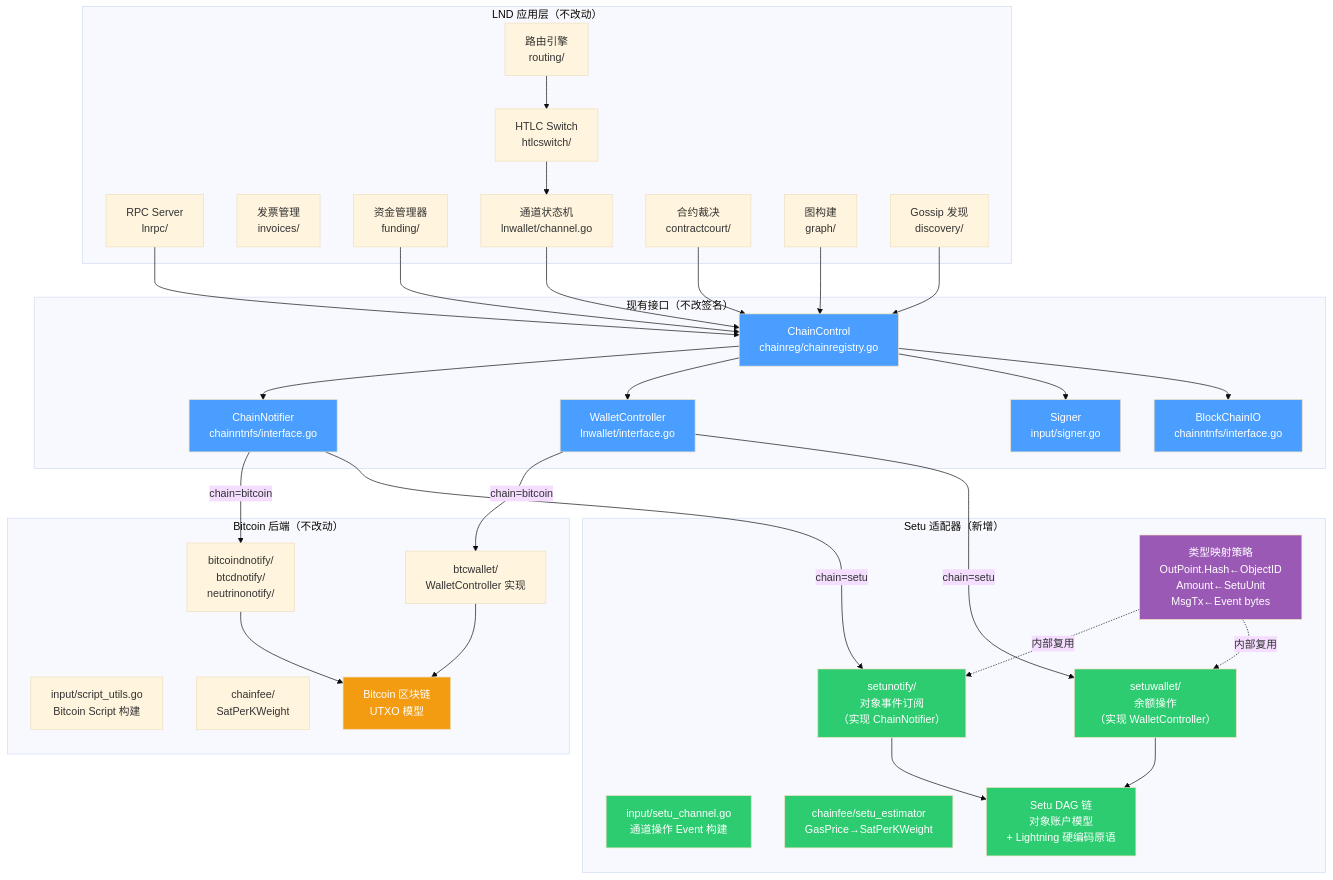
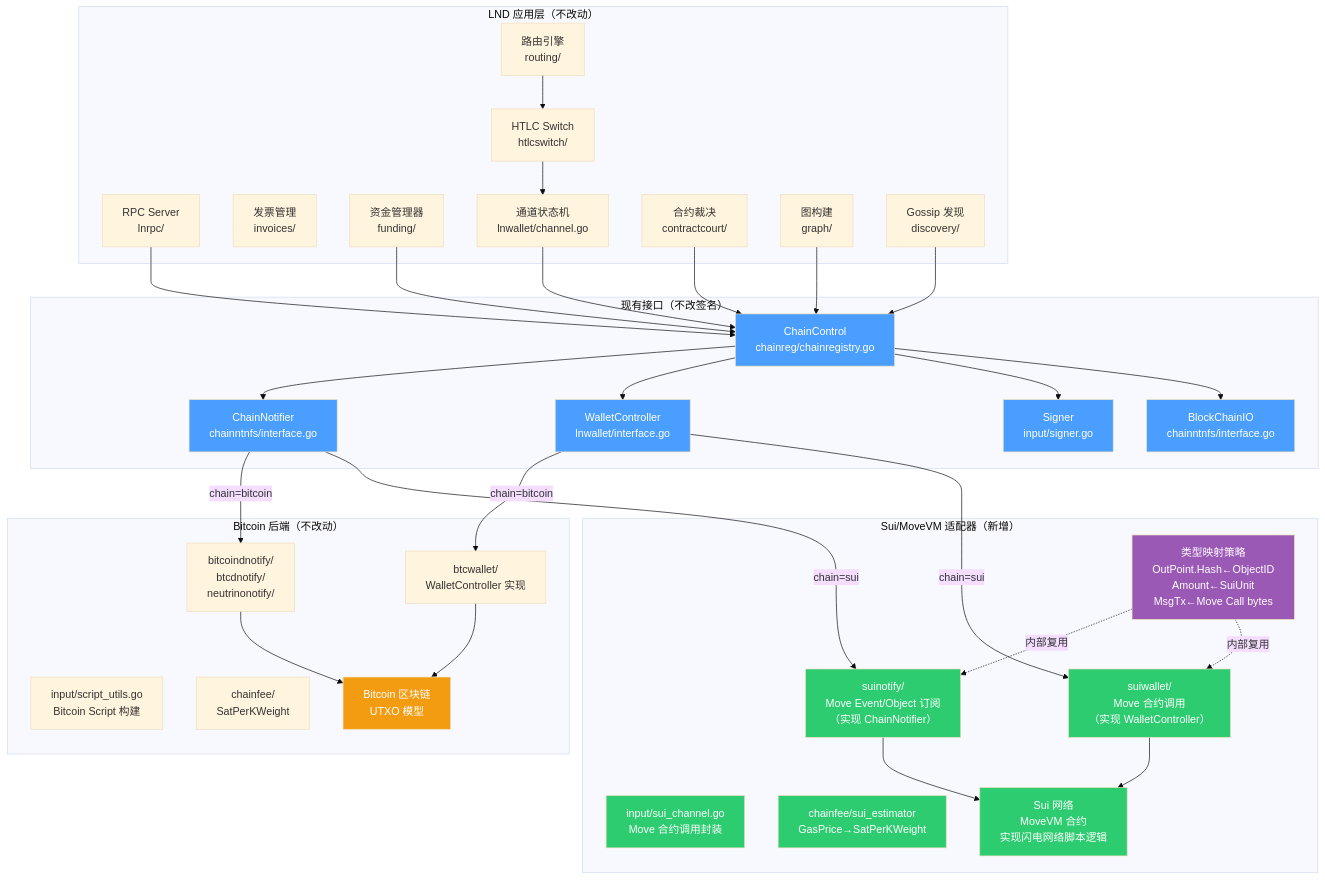
Before and after one commit to loka-network/loka-p2p-lnd: the first of 9 diagrams in 1-refactor-docs/lnd-and-setu-integration.md, drawn with Mermaid (base theme). The commit also changed other lines of this file and 43 other files, not shown here.

Commit message:
Refactor: Transition from Setu to Sui backend and implement base RPC client and wallet balance mapping

````diff
--- a/1-refactor-docs/lnd-and-setu-integration.md
+++ b/1-refactor-docs/lnd-and-setu-integration.md
@@ -32,81 +32,81 @@
 ```mermaid
 graph TB
     subgraph "LND 应用层（不改动）"
         RPC["RPC Server<br/>lnrpc/"]
         Router["路由引擎<br/>routing/"]
         Switch["HTLC Switch<br/>htlcswitch/"]
         Invoice["发票管理<br/>invoices/"]
         Funding["资金管理器<br/>funding/"]
         ChanSM["通道状态机<br/>lnwallet/channel.go"]
         ContractCourt["合约裁决<br/>contractcourt/"]
         Graph["图构建<br/>graph/"]
         Discovery["Gossip 发现<br/>discovery/"]
     end
 
     subgraph "现有接口（不改签名）"
         IF_Notify["ChainNotifier<br/>chainntnfs/interface.go"]
         IF_Wallet["WalletController<br/>lnwallet/interface.go"]
         IF_Signer["Signer<br/>input/signer.go"]
         IF_IO["BlockChainIO<br/>chainntnfs/interface.go"]
         CC["ChainControl<br/>chainreg/chainregistry.go"]
     end
 
     subgraph "Bitcoin 后端（不改动）"
         BTC_Notify["bitcoindnotify/<br/>btcdnotify/<br/>neutrinonotify/"]
         BTC_Wallet["btcwallet/<br/>WalletController 实现"]
         BTC_Script["input/script_utils.go<br/>Bitcoin Script 构建"]
         BTC_Fee["chainfee/<br/>SatPerKWeight"]
         BTC_Chain["Bitcoin 区块链<br/>UTXO 模型"]
     end
 
-    subgraph "Setu 适配器（新增）"
-        SETU_Notify["setunotify/<br/>对象事件订阅<br/>（实现 ChainNotifier）"]
-        SETU_Wallet["setuwallet/<br/>余额操作<br/>（实现 WalletController）"]
-        SETU_Program["input/setu_channel.go<br/>通道操作 Event 构建"]
-        SETU_Fee["chainfee/setu_estimator<br/>GasPrice→SatPerKWeight"]
-        SETU_Chain["Setu DAG 链<br/>对象账户模型<br/>+ Lightning 硬编码原语"]
-        SETU_Adapt["类型映射策略<br/>OutPoint.Hash←ObjectID<br/>Amount←SetuUnit<br/>MsgTx←Event bytes"]
+    subgraph "Sui/MoveVM 适配器（新增）"
+        SUI_Notify["suinotify/<br/>Move Event/Object 订阅<br/>（实现 ChainNotifier）"]
+        SUI_Wallet["suiwallet/<br/>Move 合约调用<br/>（实现 WalletController）"]
+        SUI_Program["input/sui_channel.go<br/>Move 合约调用封装"]
+        SUI_Fee["chainfee/sui_estimator<br/>GasPrice→SatPerKWeight"]
+        SUI_Chain["Sui 网络<br/>MoveVM 合约<br/>实现闪电网络脚本逻辑"]
+        SUI_Adapt["类型映射策略<br/>OutPoint.Hash←ObjectID<br/>Amount←SuiUnit<br/>MsgTx←Move Call bytes"]
     end
 
     RPC --> CC
     Router --> Switch
     Switch --> ChanSM
     Funding --> CC
     ChanSM --> CC
     ContractCourt --> CC
     Graph --> CC
     Discovery --> CC
 
     CC --> IF_Notify & IF_Wallet & IF_Signer & IF_IO
 
     IF_Notify -->|"chain=bitcoin"| BTC_Notify
     IF_Wallet -->|"chain=bitcoin"| BTC_Wallet
-    IF_Notify -->|"chain=setu"| SETU_Notify
-    IF_Wallet -->|"chain=setu"| SETU_Wallet
+    IF_Notify -->|"chain=sui"| SUI_Notify
+    IF_Wallet -->|"chain=sui"| SUI_Wallet
 
     BTC_Notify --> BTC_Chain
     BTC_Wallet --> BTC_Chain
-    SETU_Notify --> SETU_Chain
-    SETU_Wallet --> SETU_Chain
+    SUI_Notify --> SUI_Chain
+    SUI_Wallet --> SUI_Chain
 
-    SETU_Adapt -.->|"内部复用"| SETU_Notify
-    SETU_Adapt -.->|"内部复用"| SETU_Wallet
-    IF_Wallet --- SETU_Adapt
+    SUI_Adapt -.->|"内部复用"| SUI_Notify
+    SUI_Adapt -.->|"内部复用"| SUI_Wallet
+    IF_Wallet --- SUI_Adapt
 
 
     style IF_Notify fill:#4a9eff,color:#fff
     style IF_Wallet fill:#4a9eff,color:#fff
     style IF_Signer fill:#4a9eff,color:#fff
     style IF_IO fill:#4a9eff,color:#fff
     style CC fill:#4a9eff,color:#fff
-    style SETU_Notify fill:#2ecc71,color:#fff
-    style SETU_Wallet fill:#2ecc71,color:#fff
-    style SETU_Program fill:#2ecc71,color:#fff
-    style SETU_Fee fill:#2ecc71,color:#fff
-    style SETU_Chain fill:#2ecc71,color:#fff
-    style SETU_Adapt fill:#9b59b6,color:#fff
+    style SUI_Notify fill:#2ecc71,color:#fff
+    style SUI_Wallet fill:#2ecc71,color:#fff
+    style SUI_Program fill:#2ecc71,color:#fff
+    style SUI_Fee fill:#2ecc71,color:#fff
+    style SUI_Chain fill:#2ecc71,color:#fff
+    style SUI_Adapt fill:#9b59b6,color:#fff
     style BTC_Chain fill:#f39c12,color:#fff
 
     %% 隐藏最后两条边（强制布局边）
     linkStyle 22 stroke-width:0, stroke:transparent;
 ```
````
